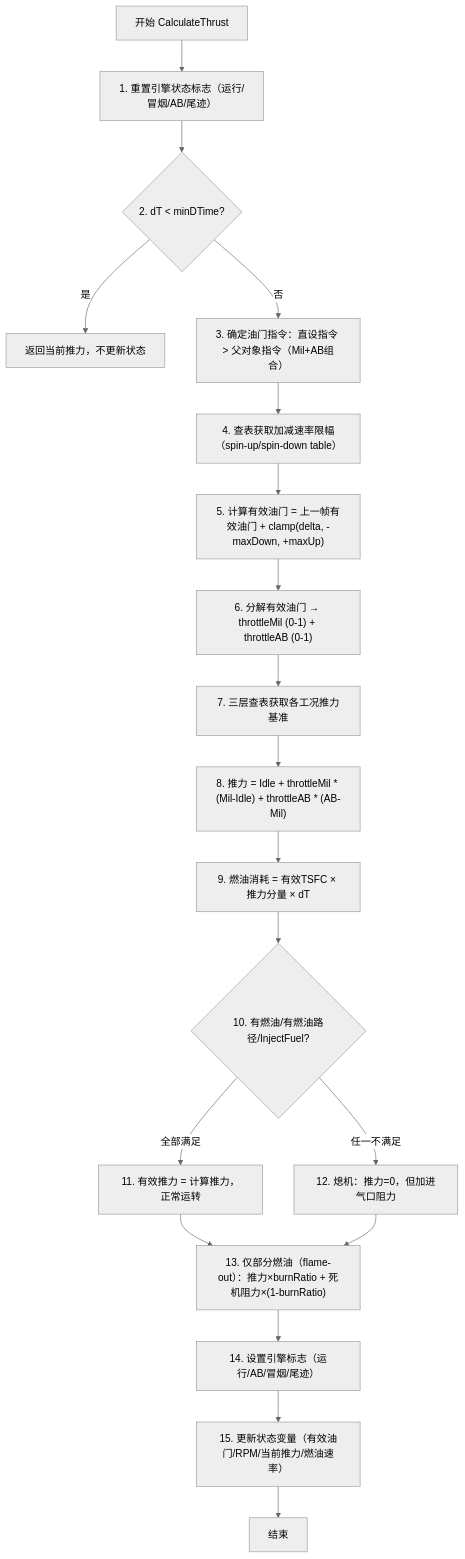
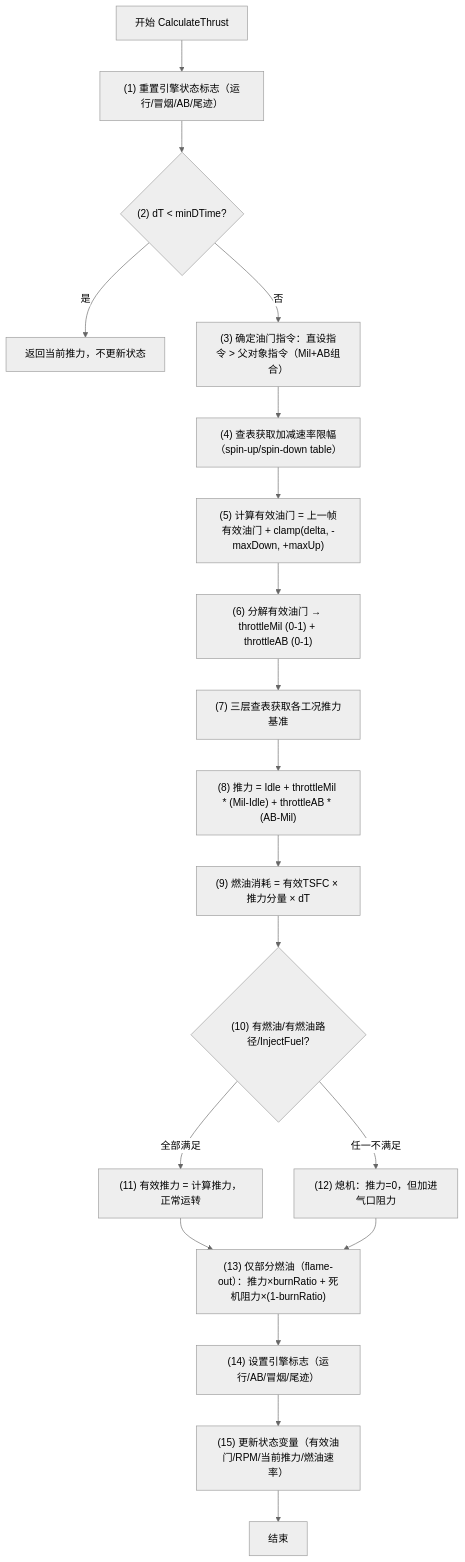
The diagram in docs/algorithms/flight-dynamics-jet-engine-card.md (huaren990-bot/afsim-analysis-skill-project), drawn with Mermaid (neutral theme) before and after one commit. The commit also changed 98 other files, not shown here.

````diff
--- a/docs/algorithms/flight-dynamics-jet-engine-card.md
+++ b/docs/algorithms/flight-dynamics-jet-engine-card.md
@@ -18,21 +18,21 @@
 ```mermaid
 flowchart TD
-    A["开始 CalculateThrust"] --> step1["1. 重置引擎状态标志（运行/冒烟/AB/尾迹）"]
-    step1 --> step2{"2. dT < minDTime?"}
+    A["开始 CalculateThrust"] --> step1["(1) 重置引擎状态标志（运行/冒烟/AB/尾迹）"]
+    step1 --> step2{"(2) dT < minDTime?"}
     step2 -->|"是"| step2a["返回当前推力，不更新状态"]
-    step2 -->|"否"| step3["3. 确定油门指令：直设指令 > 父对象指令（Mil+AB组合）"]
-    step3 --> step4["4. 查表获取加减速率限幅（spin-up/spin-down table）"]
-    step4 --> step5["5. 计算有效油门 = 上一帧有效油门 + clamp(delta, -maxDown, +maxUp)"]
-    step5 --> step6["6. 分解有效油门 → throttleMil (0-1) + throttleAB (0-1)"]
-    step6 --> step7["7. 三层查表获取各工况推力基准"]
-    step7 --> step8["8. 推力 = Idle + throttleMil * (Mil-Idle) + throttleAB * (AB-Mil)"]
-    step8 --> step9["9. 燃油消耗 = 有效TSFC × 推力分量 × dT"]
-    step9 --> step10{"10. 有燃油/有燃油路径/InjectFuel?"}
-    step10 -->|"全部满足"| step11["11. 有效推力 = 计算推力，正常运转"]
-    step10 -->|"任一不满足"| step12["12. 熄机：推力=0，但加进气口阻力"]
-    step11 --> step13["13. 仅部分燃油（flame-out）：推力×burnRatio + 死机阻力×(1-burnRatio)"]
+    step2 -->|"否"| step3["(3) 确定油门指令：直设指令 > 父对象指令（Mil+AB组合）"]
+    step3 --> step4["(4) 查表获取加减速率限幅（spin-up/spin-down table）"]
+    step4 --> step5["(5) 计算有效油门 = 上一帧有效油门 + clamp(delta, -maxDown, +maxUp)"]
+    step5 --> step6["(6) 分解有效油门 → throttleMil (0-1) + throttleAB (0-1)"]
+    step6 --> step7["(7) 三层查表获取各工况推力基准"]
+    step7 --> step8["(8) 推力 = Idle + throttleMil * (Mil-Idle) + throttleAB * (AB-Mil)"]
+    step8 --> step9["(9) 燃油消耗 = 有效TSFC × 推力分量 × dT"]
+    step9 --> step10{"(10) 有燃油/有燃油路径/InjectFuel?"}
+    step10 -->|"全部满足"| step11["(11) 有效推力 = 计算推力，正常运转"]
+    step10 -->|"任一不满足"| step12["(12) 熄机：推力=0，但加进气口阻力"]
+    step11 --> step13["(13) 仅部分燃油（flame-out）：推力×burnRatio + 死机阻力×(1-burnRatio)"]
     step12 --> step13
-    step13 --> step14["14. 设置引擎标志（运行/AB/冒烟/尾迹）"]
-    step14 --> step15["15. 更新状态变量（有效油门/RPM/当前推力/燃油速率）"]
+    step13 --> step14["(14) 设置引擎标志（运行/AB/冒烟/尾迹）"]
+    step14 --> step15["(15) 更新状态变量（有效油门/RPM/当前推力/燃油速率）"]
     step15 --> F["结束"]
 ```
````
